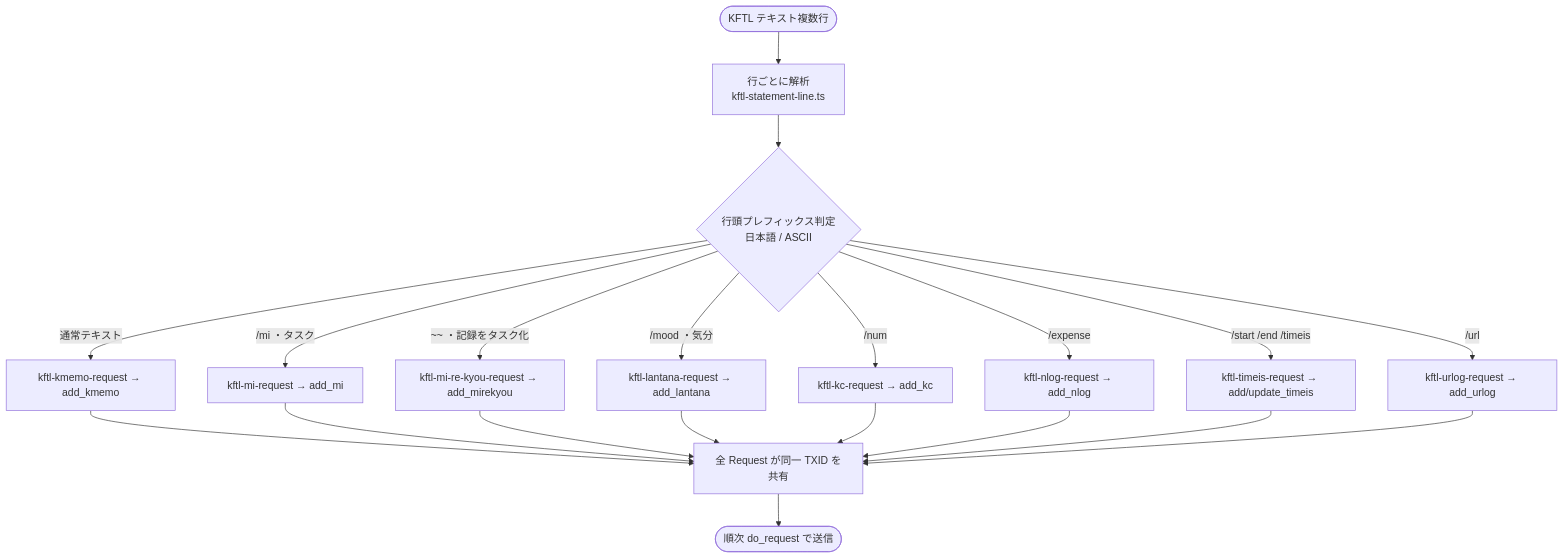
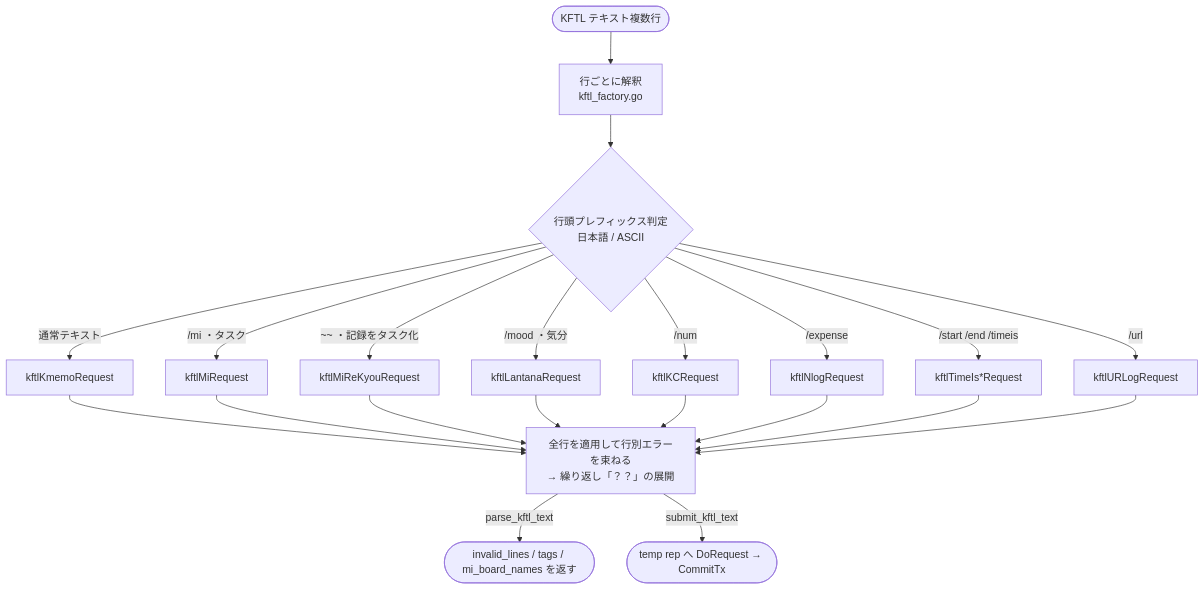
Before and after one commit to mt3hr/gkill: the sixth of 25 diagrams in documents/reverse/scenario.md, drawn with Mermaid. The commit also changed other lines of this file and 151 other files, not shown here.

````diff
--- a/documents/reverse/scenario.md
+++ b/documents/reverse/scenario.md
@@ -221,22 +226,23 @@
 ```mermaid
 flowchart TD
-    Start([KFTL テキスト複数行]) --> Split[行ごとに解析<br/>kftl-statement-line.ts]
+    Start([KFTL テキスト複数行]) --> Split[行ごとに解釈<br/>kftl_factory.go]
     Split --> Prefix{行頭プレフィックス判定<br/>日本語 / ASCII}
-    Prefix -->|通常テキスト| Kmemo[kftl-kmemo-request → add_kmemo]
-    Prefix -->|/mi ・タスク| Mi[kftl-mi-request → add_mi]
-    Prefix -->|~~ ・記録をタスク化| MiReKyou[kftl-mi-re-kyou-request → add_mirekyou]
-    Prefix -->|/mood ・気分| Lantana[kftl-lantana-request → add_lantana]
-    Prefix -->|/num| Kc[kftl-kc-request → add_kc]
-    Prefix -->|/expense| Nlog[kftl-nlog-request → add_nlog]
-    Prefix -->|/start /end /timeis| TimeIs[kftl-timeis-request → add/update_timeis]
-    Prefix -->|/url| Urlog[kftl-urlog-request → add_urlog]
-    Kmemo --> Tx[全 Request が同一 TXID を共有]
-    Mi --> Tx
-    MiReKyou --> Tx
-    Lantana --> Tx
-    Kc --> Tx
-    Nlog --> Tx
-    TimeIs --> Tx
-    Urlog --> Tx
-    Tx --> Done([順次 do_request で送信])
+    Prefix -->|通常テキスト| Kmemo[kftlKmemoRequest]
+    Prefix -->|/mi ・タスク| Mi[kftlMiRequest]
+    Prefix -->|~~ ・記録をタスク化| MiReKyou[kftlMiReKyouRequest]
+    Prefix -->|/mood ・気分| Lantana[kftlLantanaRequest]
+    Prefix -->|/num| Kc[kftlKCRequest]
+    Prefix -->|/expense| Nlog[kftlNlogRequest]
+    Prefix -->|/start /end /timeis| TimeIs[kftlTimeIs*Request]
+    Prefix -->|/url| Urlog[kftlURLogRequest]
+    Kmemo --> Apply[全行を適用して行別エラーを束ねる<br/>→ 繰り返し「？？」の展開]
+    Mi --> Apply
+    MiReKyou --> Apply
+    Lantana --> Apply
+    Kc --> Apply
+    Nlog --> Apply
+    TimeIs --> Apply
+    Urlog --> Apply
+    Apply -->|parse_kftl_text| Analyze([invalid_lines / tags / mi_board_names を返す])
+    Apply -->|submit_kftl_text| Exec([temp rep へ DoRequest → CommitTx])
 ```
````
